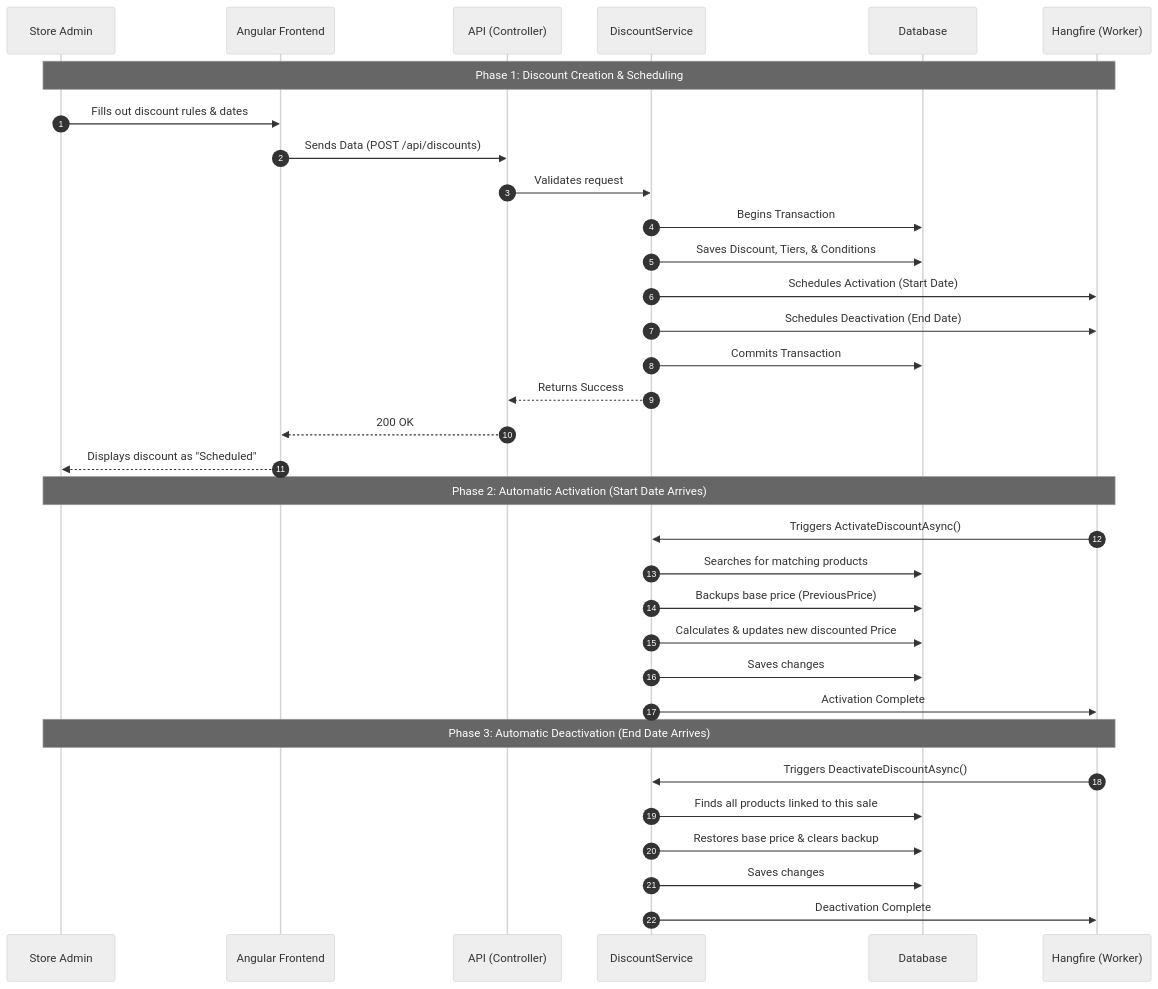
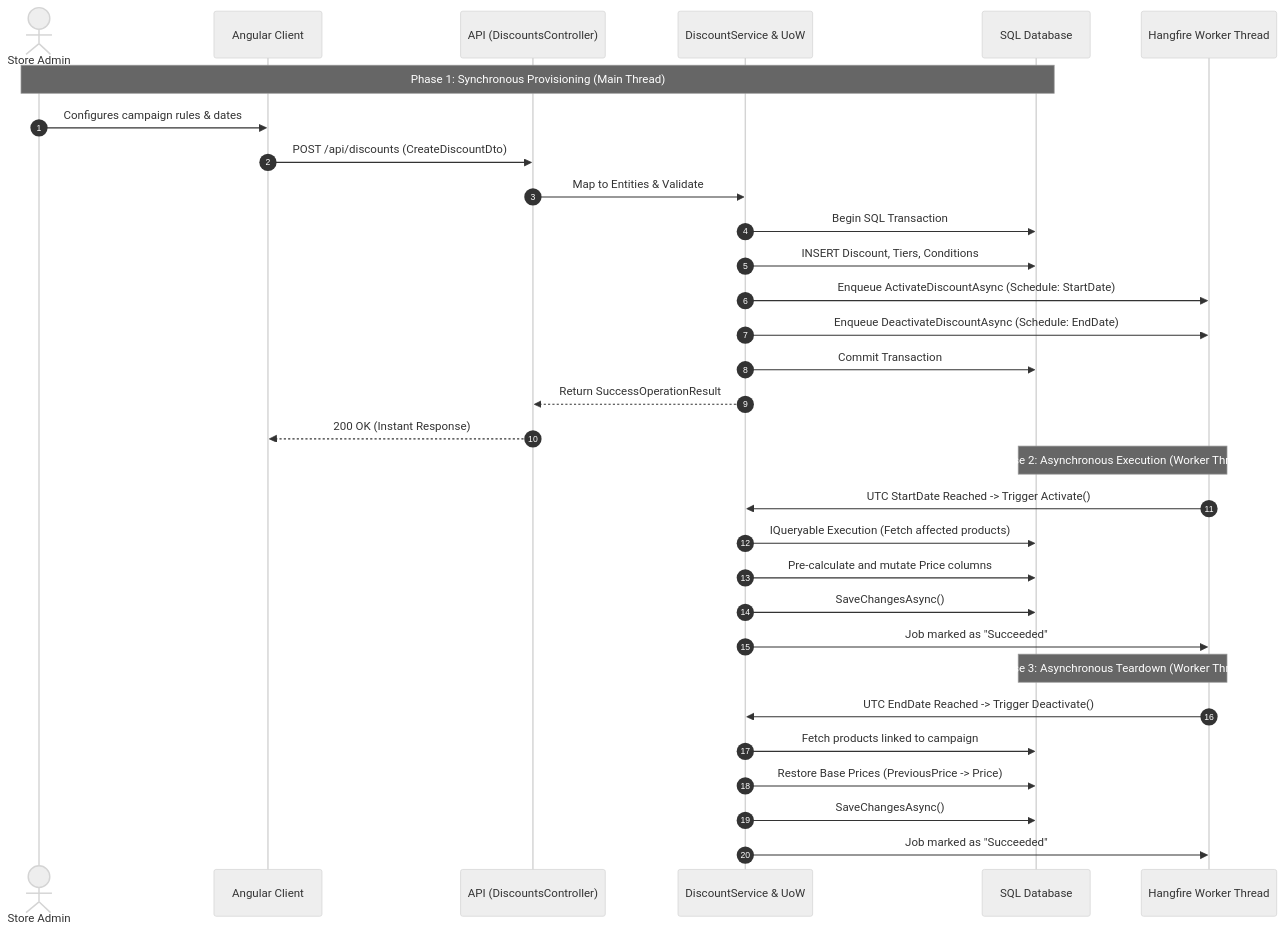
Before and after one commit to jahanalem/LinkedIn2GitHub: the second of 2 diagrams in 0045_discount-system-lilishop.md, drawn with Mermaid (neutral theme). The commit also changed other lines of this file, not shown here.

````diff
--- a/0045_discount-system-lilishop.md
+++ b/0045_discount-system-lilishop.md
@@ -355,42 +392,40 @@
 ```mermaid
 sequenceDiagram
     autonumber
     
-    participant Admin as Store Admin
-    participant UI as Angular Frontend
-    participant API as API (Controller)
-    participant Service as DiscountService
-    participant DB as Database
-    participant Job as Hangfire (Worker)
+    actor Admin as Store Admin
+    participant UI as Angular Client
+    participant API as API (DiscountsController)
+    participant Service as DiscountService & UoW
+    participant DB as SQL Database
+    participant Worker as Hangfire Worker Thread
 
-    Note over Admin, Job: Phase 1: Discount Creation & Scheduling
+    Note over Admin, DB: Phase 1: Synchronous Provisioning (Main Thread)
     
-    Admin->>UI: Fills out discount rules & dates
-    UI->>API: Sends Data (POST /api/discounts)
-    API->>Service: Validates request
-    Service->>DB: Begins Transaction
-    Service->>DB: Saves Discount, Tiers, & Conditions
-    Service->>Job: Schedules Activation (Start Date)
-    Service->>Job: Schedules Deactivation (End Date)
-    Service->>DB: Commits Transaction
-    Service-->>API: Returns Success
-    API-->>UI: 200 OK
-    UI-->>Admin: Displays discount as "Scheduled"
+    Admin->>UI: Configures campaign rules & dates
+    UI->>API: POST /api/discounts (CreateDiscountDto)
+    API->>Service: Map to Entities & Validate
+    Service->>DB: Begin SQL Transaction
+    Service->>DB: INSERT Discount, Tiers, Conditions
+    Service->>Worker: Enqueue ActivateDiscountAsync (Schedule: StartDate)
+    Service->>Worker: Enqueue DeactivateDiscountAsync (Schedule: EndDate)
+    Service->>DB: Commit Transaction
+    Service-->>API: Return SuccessOperationResult
+    API-->>UI: 200 OK (Instant Response)
 
-    Note over Admin, Job: Phase 2: Automatic Activation (Start Date Arrives)
+    Note over DB, Worker: Phase 2: Asynchronous Execution (Worker Thread)
     
-    Job->>Service: Triggers ActivateDiscountAsync()
-    Service->>DB: Searches for matching products
-    Service->>DB: Backups base price (PreviousPrice)
-    Service->>DB: Calculates & updates new discounted Price
-    Service->>DB: Saves changes
-    Service->>Job: Activation Complete
+    Worker->>Service: UTC StartDate Reached -> Trigger Activate()
+    Service->>DB: IQueryable Execution (Fetch affected products)
+    Service->>DB: Pre-calculate and mutate Price columns
+    Service->>DB: SaveChangesAsync()
+    Service->>Worker: Job marked as "Succeeded"
 
-    Note over Admin, Job: Phase 3: Automatic Deactivation (End Date Arrives)
+    Note over DB, Worker: Phase 3: Asynchronous Teardown (Worker Thread)
     
-    Job->>Service: Triggers DeactivateDiscountAsync()
-    Service->>DB: Finds all products linked to this sale
-    Service->>DB: Restores base price & clears backup
-    Service->>DB: Saves changes
-    Service->>Job: Deactivation Complete
+    Worker->>Service: UTC EndDate Reached -> Trigger Deactivate()
+    Service->>DB: Fetch products linked to campaign
+    Service->>DB: Restore Base Prices (PreviousPrice -> Price)
+    Service->>DB: SaveChangesAsync()
+    Service->>Worker: Job marked as "Succeeded"
 ```
````
